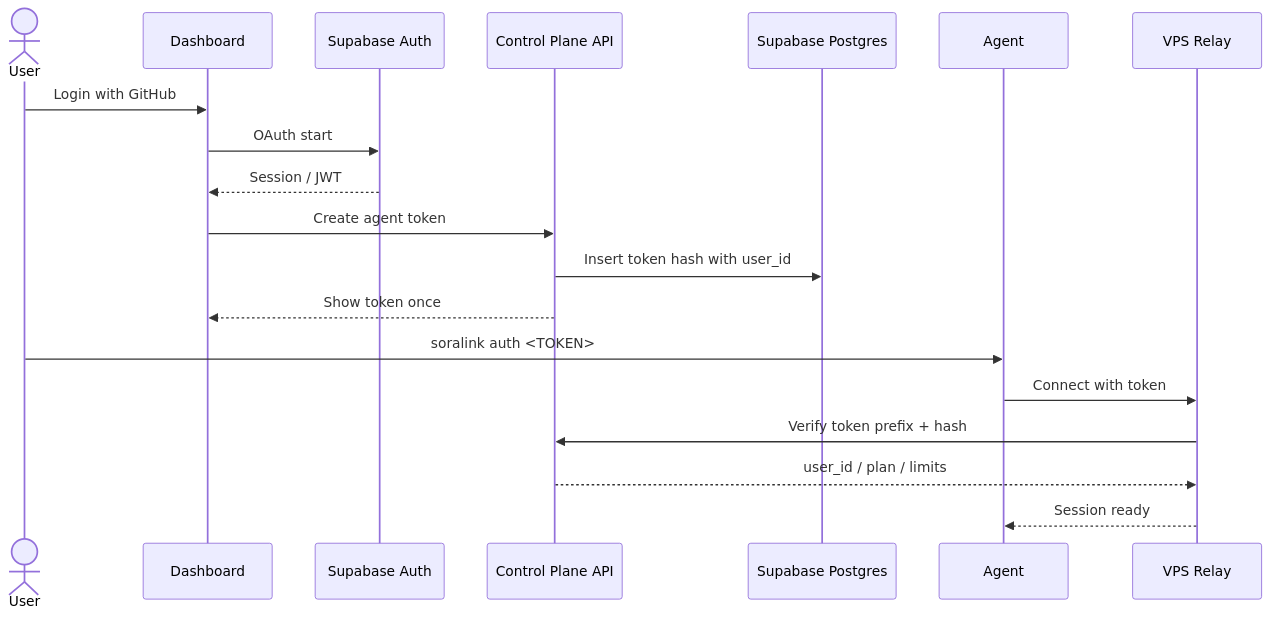
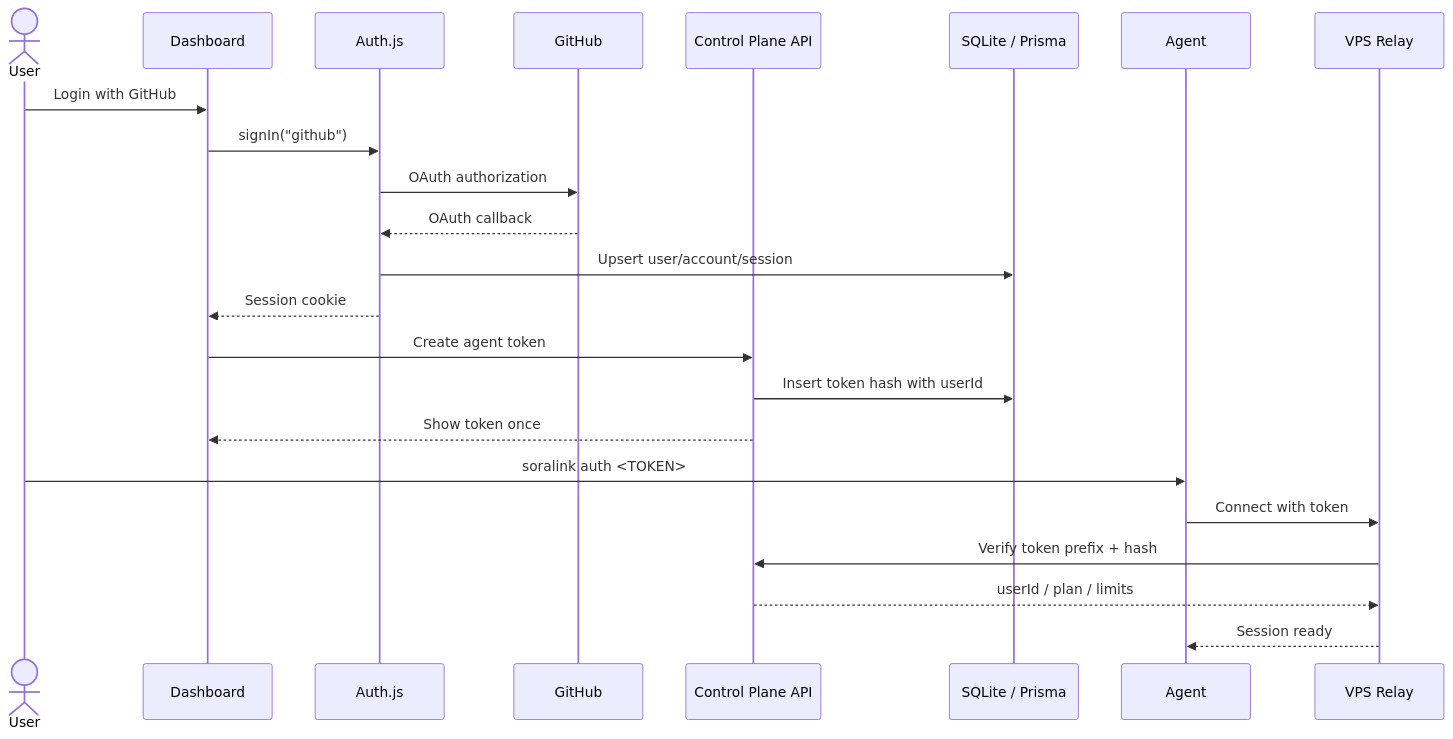
One commit to yuzu-krs/soralink changed the second of 3 diagrams in docs/technical-spec.md. Above: the diagram before and after it, drawn with Mermaid. The commit also changed other lines of this file and 6 other files, not shown here.

````diff
--- a/docs/technical-spec.md
+++ b/docs/technical-spec.md
@@ -42,22 +43,26 @@
 ```mermaid
 sequenceDiagram
     actor User
     participant Dashboard
-    participant Supabase as Supabase Auth
+    participant Auth as Auth.js
+    participant GitHub
     participant API as Control Plane API
-    participant DB as Supabase Postgres
+    participant DB as SQLite / Prisma
     participant Agent
     participant Relay as VPS Relay
 
     User->>Dashboard: Login with GitHub
-    Dashboard->>Supabase: OAuth start
-    Supabase-->>Dashboard: Session / JWT
+    Dashboard->>Auth: signIn("github")
+    Auth->>GitHub: OAuth authorization
+    GitHub-->>Auth: OAuth callback
+    Auth->>DB: Upsert user/account/session
+    Auth-->>Dashboard: Session cookie
     Dashboard->>API: Create agent token
-    API->>DB: Insert token hash with user_id
+    API->>DB: Insert token hash with userId
     API-->>Dashboard: Show token once
     User->>Agent: soralink auth <TOKEN>
     Agent->>Relay: Connect with token
     Relay->>API: Verify token prefix + hash
-    API-->>Relay: user_id / plan / limits
+    API-->>Relay: userId / plan / limits
     Relay-->>Agent: Session ready
 ```
````
